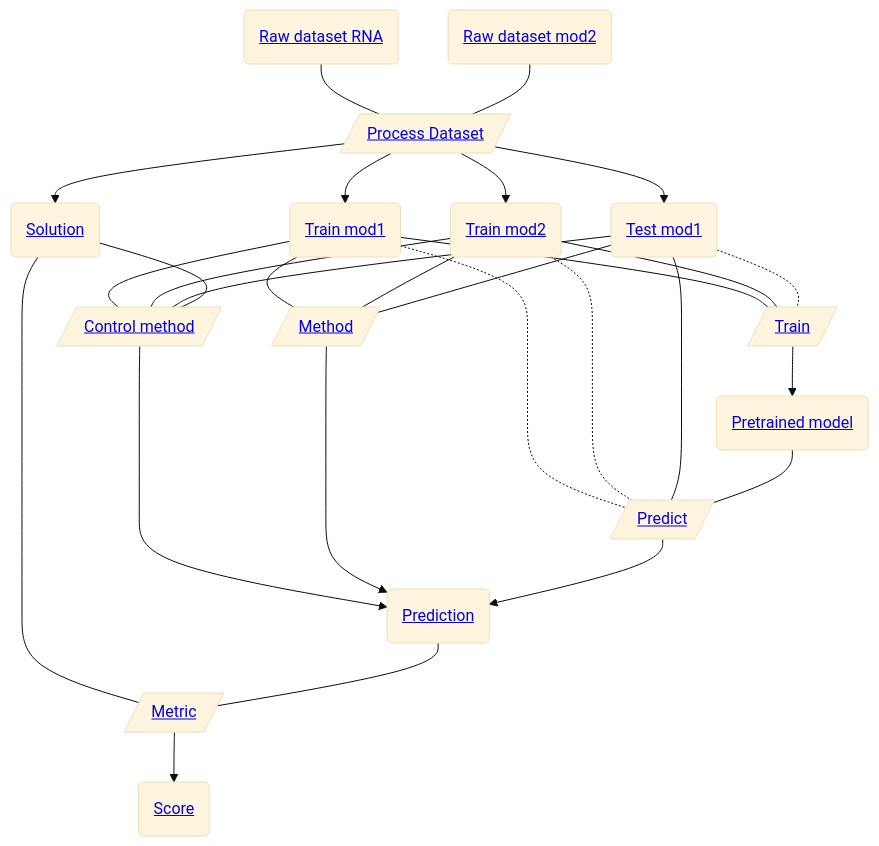
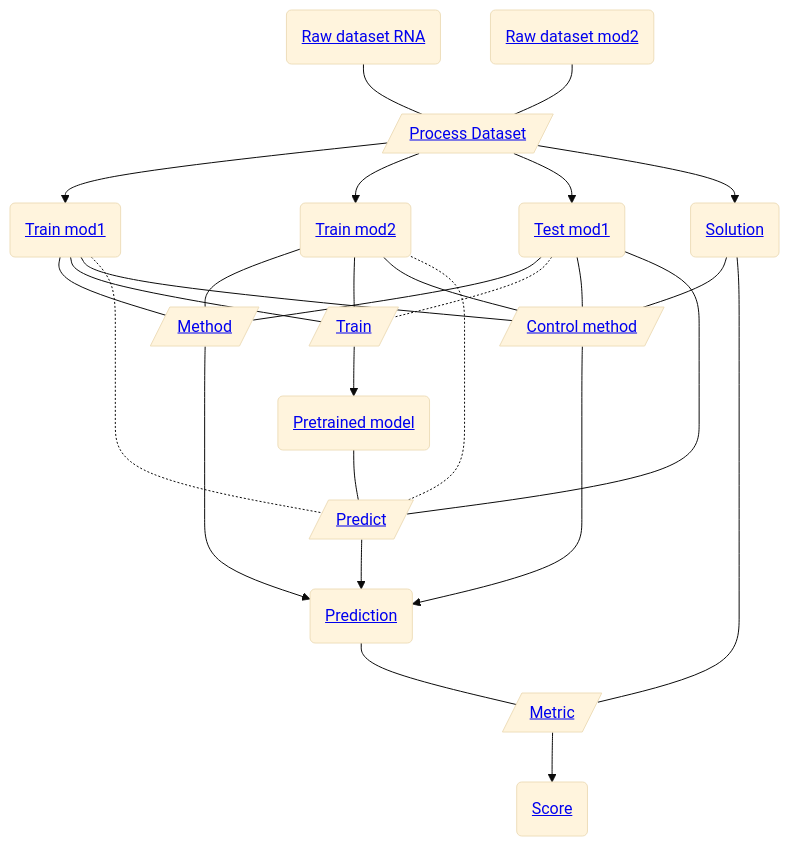
One commit to openproblems-bio/task_predict_modality changed the diagram in README.md. Above: the diagram before and after it, drawn with Mermaid (base theme). The commit also changed other lines of this file and 1 other file, not shown here.

````diff
--- a/README.md
+++ b/README.md
@@ -50,45 +52,45 @@
 ``` mermaid
 flowchart TB
   file_common_dataset_mod1("<a href='https://github.com/openproblems-bio/task_predict_modality#file-format-raw-dataset-rna'>Raw dataset RNA</a>")
+  file_common_dataset_mod2("<a href='https://github.com/openproblems-bio/task_predict_modality#file-format-raw-dataset-mod2'>Raw dataset mod2</a>")
   comp_process_datasets[/"<a href='https://github.com/openproblems-bio/task_predict_modality#component-type-process-dataset'>Process Dataset</a>"/]
   file_train_mod1("<a href='https://github.com/openproblems-bio/task_predict_modality#file-format-train-mod1'>Train mod1</a>")
   file_train_mod2("<a href='https://github.com/openproblems-bio/task_predict_modality#file-format-train-mod2'>Train mod2</a>")
   file_test_mod1("<a href='https://github.com/openproblems-bio/task_predict_modality#file-format-test-mod1'>Test mod1</a>")
   file_test_mod2("<a href='https://github.com/openproblems-bio/task_predict_modality#file-format-solution'>Solution</a>")
+  comp_method[/"<a href='https://github.com/openproblems-bio/task_predict_modality#component-type-method'>Method</a>"/]
+  comp_method_train[/"<a href='https://github.com/openproblems-bio/task_predict_modality#component-type-train'>Train</a>"/]
   comp_control_method[/"<a href='https://github.com/openproblems-bio/task_predict_modality#component-type-control-method'>Control method</a>"/]
-  comp_method[/"<a href='https://github.com/openproblems-bio/task_predict_modality#component-type-method'>Method</a>"/]
+  file_pretrained_model("<a href='https://github.com/openproblems-bio/task_predict_modality#file-format-pretrained-model'>Pretrained model</a>")
   comp_method_predict[/"<a href='https://github.com/openproblems-bio/task_predict_modality#component-type-predict'>Predict</a>"/]
-  comp_method_train[/"<a href='https://github.com/openproblems-bio/task_predict_modality#component-type-train'>Train</a>"/]
+  file_prediction("<a href='https://github.com/openproblems-bio/task_predict_modality#file-format-prediction'>Prediction</a>")
   comp_metric[/"<a href='https://github.com/openproblems-bio/task_predict_modality#component-type-metric'>Metric</a>"/]
-  file_prediction("<a href='https://github.com/openproblems-bio/task_predict_modality#file-format-prediction'>Prediction</a>")
-  file_pretrained_model("<a href='https://github.com/openproblems-bio/task_predict_modality#file-format-pretrained-model'>Pretrained model</a>")
   file_score("<a href='https://github.com/openproblems-bio/task_predict_modality#file-format-score'>Score</a>")
-  file_common_dataset_mod2("<a href='https://github.com/openproblems-bio/task_predict_modality#file-format-raw-dataset-mod2'>Raw dataset mod2</a>")
   file_common_dataset_mod1---comp_process_datasets
+  file_common_dataset_mod2---comp_process_datasets
   comp_process_datasets-->file_train_mod1
   comp_process_datasets-->file_train_mod2
   comp_process_datasets-->file_test_mod1
   comp_process_datasets-->file_test_mod2
+  file_train_mod1---comp_method
+  file_train_mod1---comp_method_train
   file_train_mod1---comp_control_method
-  file_train_mod1---comp_method
   file_train_mod1-.-comp_method_predict
-  file_train_mod1---comp_method_train
+  file_train_mod2---comp_method
+  file_train_mod2---comp_method_train
   file_train_mod2---comp_control_method
-  file_train_mod2---comp_method
   file_train_mod2-.-comp_method_predict
-  file_train_mod2---comp_method_train
+  file_test_mod1---comp_method
+  file_test_mod1-.-comp_method_train
   file_test_mod1---comp_control_method
-  file_test_mod1---comp_method
   file_test_mod1---comp_method_predict
-  file_test_mod1-.-comp_method_train
   file_test_mod2---comp_control_method
   file_test_mod2---comp_metric
+  comp_method-->file_prediction
+  comp_method_train-->file_pretrained_model
   comp_control_method-->file_prediction
-  comp_method-->file_prediction
+  file_pretrained_model---comp_method_predict
   comp_method_predict-->file_prediction
-  comp_method_train-->file_pretrained_model
+  file_prediction---comp_metric
   comp_metric-->file_score
-  file_prediction---comp_metric
-  file_pretrained_model---comp_method_predict
-  file_common_dataset_mod2---comp_process_datasets
 ```
````
